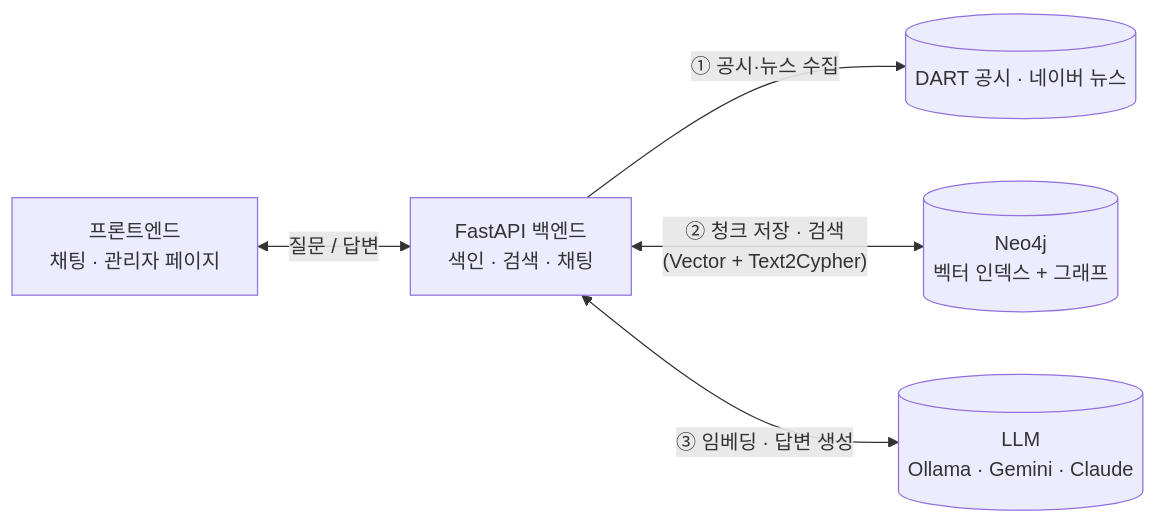
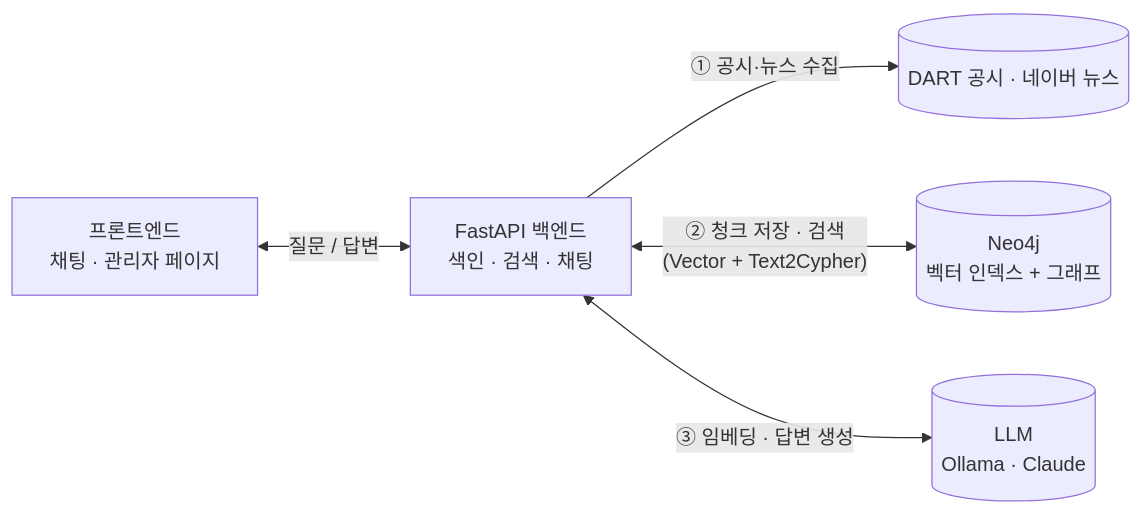
One commit to Daniel0915/rag-company-report-py changed the first of 2 diagrams in README.md. Above: the diagram before and after it, drawn with Mermaid. The commit also changed other lines of this file and 10 other files, not shown here.

````diff
--- a/README.md
+++ b/README.md
@@ -39,13 +39,13 @@
 ```mermaid
 flowchart LR
     FE["프론트엔드\n채팅 · 관리자 페이지"]
     BE["FastAPI 백엔드\n색인 · 검색 · 채팅"]
     NEO4J[("Neo4j\n벡터 인덱스 + 그래프")]
-    LLM[("LLM\nOllama · Gemini · Claude")]
+    LLM[("LLM\nOllama · Claude")]
     SRC[("DART 공시 · 네이버 뉴스")]
 
     FE <-- "질문 / 답변" --> BE
     BE -- "① 공시·뉴스 수집" --> SRC
     BE <-- "② 청크 저장 · 검색\n(Vector + Text2Cypher)" --> NEO4J
     BE <-- "③ 임베딩 · 답변 생성" --> LLM
 ```
````
